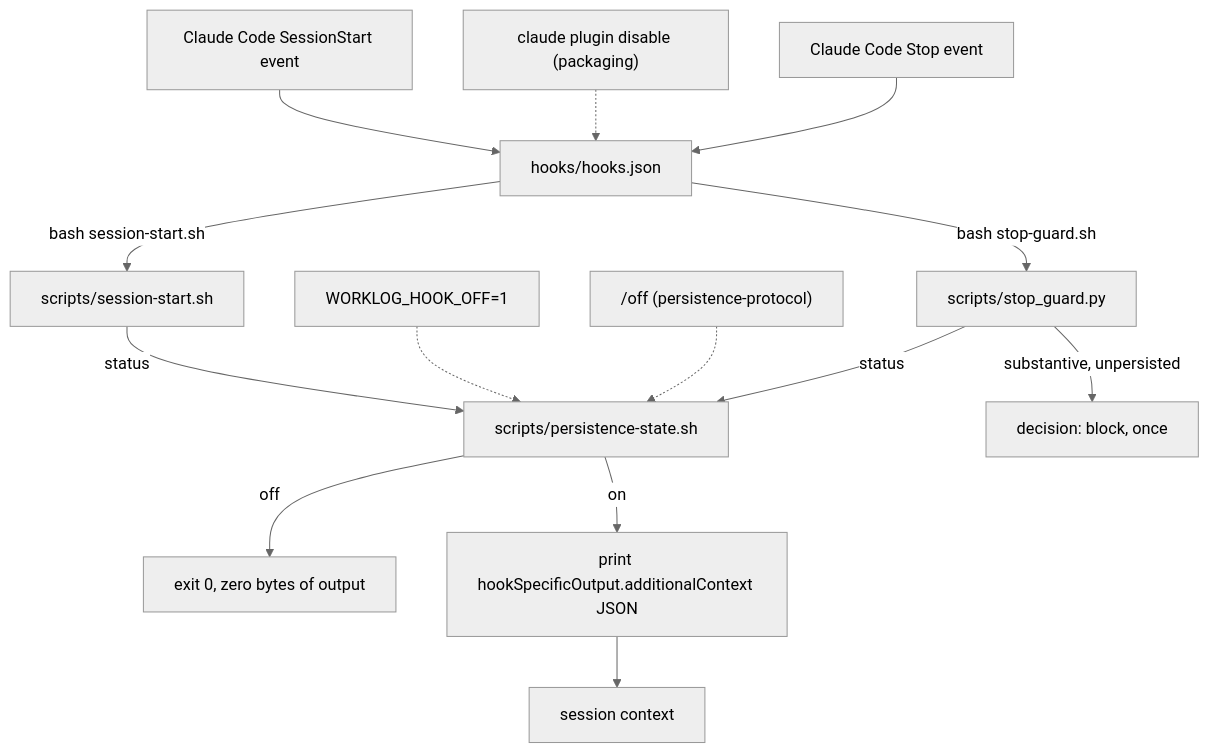
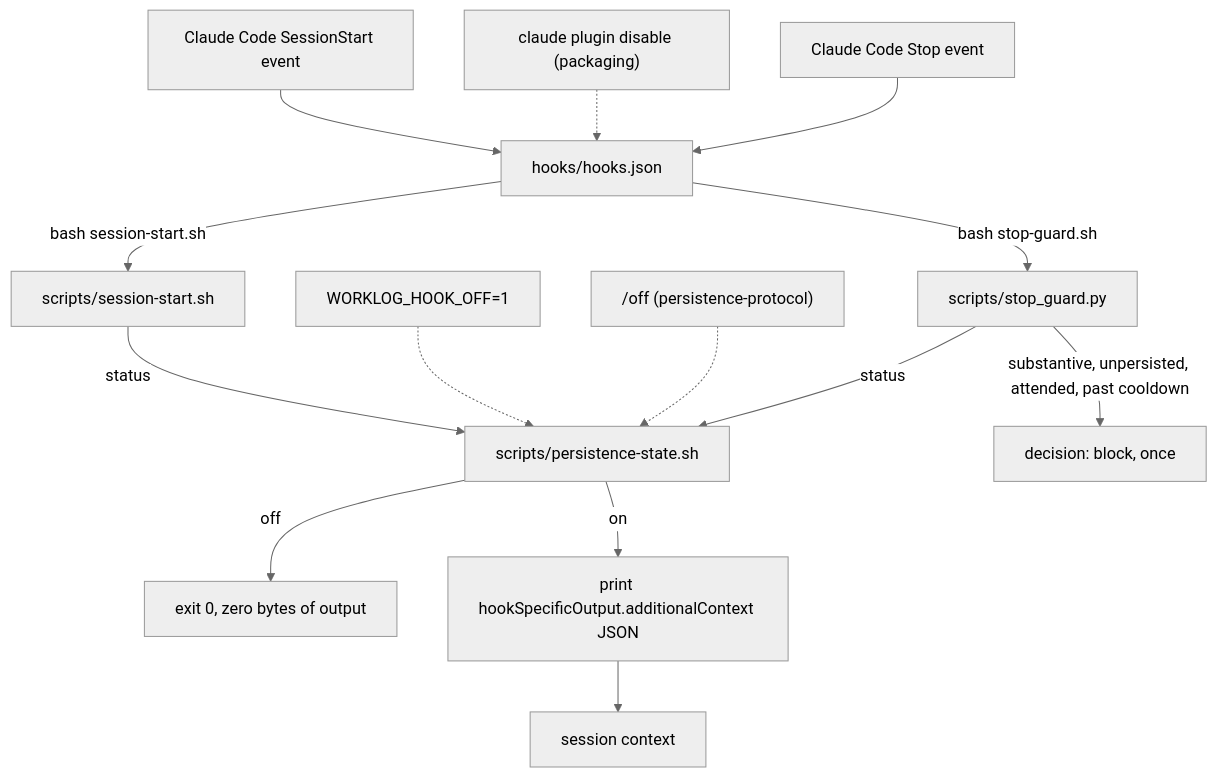
One commit to kolezka/outline-persist changed the diagram in docs/session-hook/README.md. Above: the diagram before and after it, drawn with Mermaid (neutral theme). The commit also changed other lines of this file and 26 other files, not shown here.

Commit message:
fix: make the Stop guard block only when it is worth a turn (#10)

````diff
--- a/docs/session-hook/README.md
+++ b/docs/session-hook/README.md
@@ -73,16 +74,16 @@
 ```mermaid
 flowchart TD
     Event["Claude Code SessionStart event"] --> Hook["hooks/hooks.json"]
     Hook -->|"bash session-start.sh"| Start["scripts/session-start.sh"]
     Start -->|"status"| State["scripts/persistence-state.sh"]
     State -->|"off"| Skip["exit 0, zero bytes of output"]
     State -->|"on"| Emit["print hookSpecificOutput.additionalContext JSON"]
     Emit --> Ctx["session context"]
     EnvVar["WORKLOG_HOOK_OFF=1"] -.-> State
     OffCmd["/off (persistence-protocol)"] -.-> State
     Disable["claude plugin disable (packaging)"] -.-> Hook
     StopEvent["Claude Code Stop event"] --> Hook
     Hook -->|"bash stop-guard.sh"| Guard["scripts/stop_guard.py"]
     Guard -->|"status"| State
-    Guard -->|"substantive, unpersisted"| Block["decision: block, once"]
+    Guard -->|"substantive, unpersisted, attended, past cooldown"| Block["decision: block, once"]
 ```
````
